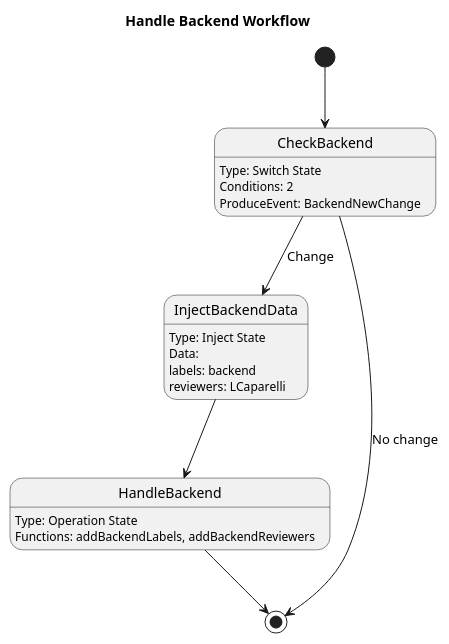
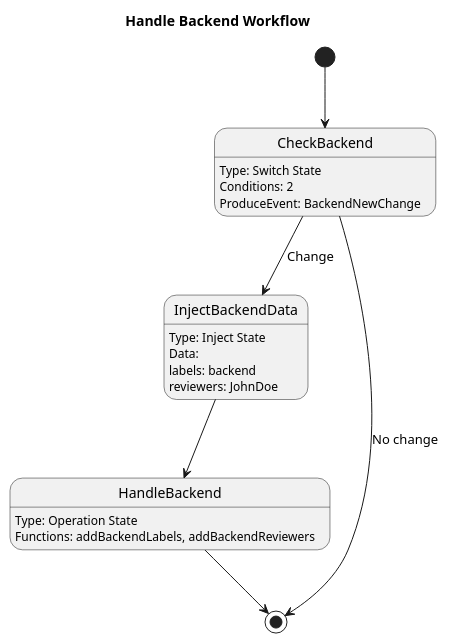
The diagram in serverless-workflow-github-showcase/pr-checker-workflow/src/main/resources/handle-backend.puml (apache/incubator-kie-kogito-examples), drawn with PlantUML before and after one commit. The commit also changed 20 other files, not shown here.

```diff
--- a/serverless-workflow-github-showcase/pr-checker-workflow/src/main/resources/handle-backend.puml
+++ b/serverless-workflow-github-showcase/pr-checker-workflow/src/main/resources/handle-backend.puml
@@ -1,26 +1,26 @@
 @startuml
 title Handle Backend Workflow
 skinparam backgroundColor White
 skinparam state {
 StartColor Green
 EndColor Red
 }
 [*] --> CheckBackend
 
 CheckBackend: Type: Switch State
 CheckBackend: Conditions: 2
 CheckBackend: ProduceEvent: BackendNewChange
 CheckBackend --> InjectBackendData : Change
 CheckBackend --> [*] : No change
 
 InjectBackendData : Type: Inject State
 InjectBackendData: Data:
 InjectBackendData: labels: backend
-InjectBackendData: reviewers: LCaparelli
+InjectBackendData: reviewers: JohnDoe
 InjectBackendData --> HandleBackend
 
 HandleBackend : Type: Operation State
 HandleBackend : Functions: addBackendLabels, addBackendReviewers
 HandleBackend --> [*]
 
 @enduml
```
